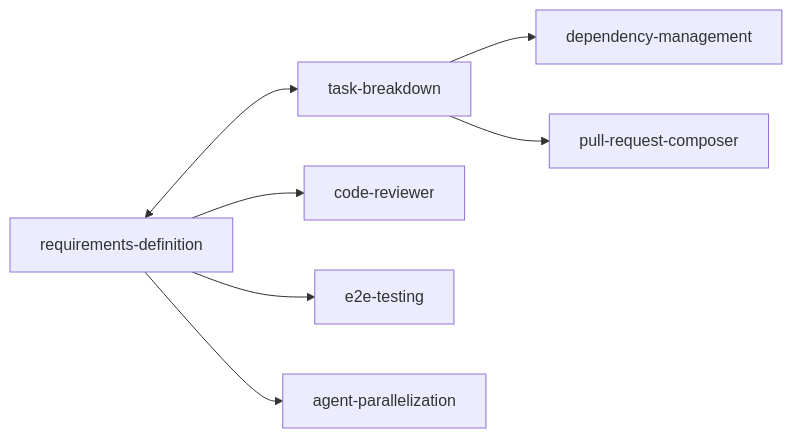
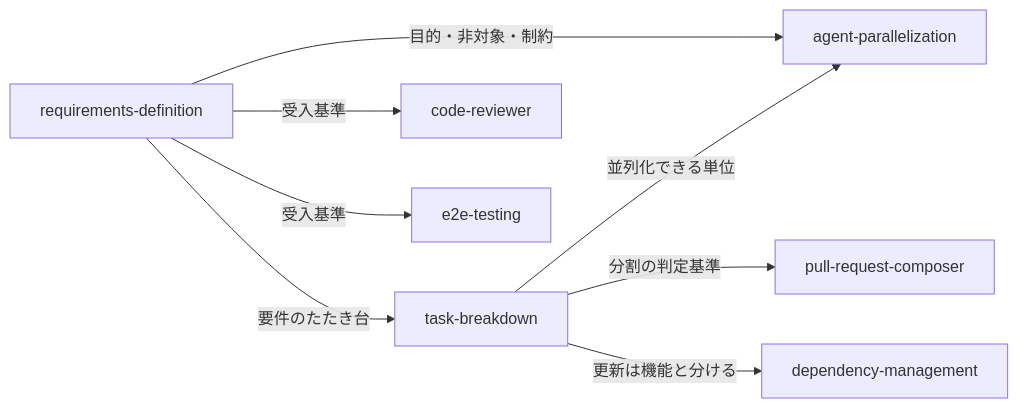
One commit to leomaro7/skills changed the fourth of 5 diagrams in README.md. Above: the diagram before and after it, drawn with Mermaid. The commit also changed other lines of this file, not shown here.

Commit message:
docs: label upstream edges with the artifact each one carries
Unlabeled arrows read as "upstream matters", which is a truism. Each edge
now names the artifact the downstream skill explicitly assumes exists.
Also restores task-breakdown -> agent-parallelization, dropped when the
single graph was split into three.

Claude-Session: https://claude.ai/code/session_01UPZWEaWtsw2iUvKWrPV61W

````diff
--- a/README.md
+++ b/README.md
@@ -179,9 +179,10 @@
 ```mermaid
 flowchart LR
-    RD[requirements-definition] <--> TSK[task-breakdown]
-    RD --> CR[code-reviewer]
-    RD --> E2E[e2e-testing]
-    RD --> AP[agent-parallelization]
-    TSK --> DM[dependency-management]
-    TSK --> PRC[pull-request-composer]
+    RD[requirements-definition] -- 要件のたたき台 --> TSK[task-breakdown]
+    RD -- 受入基準 --> CR[code-reviewer]
+    RD -- 受入基準 --> E2E[e2e-testing]
+    RD -- 目的・非対象・制約 --> AP[agent-parallelization]
+    TSK -- 並列化できる単位 --> AP
+    TSK -- 分割の判定基準 --> PRC[pull-request-composer]
+    TSK -- 更新は機能と分ける --> DM[dependency-management]
 ```
````
